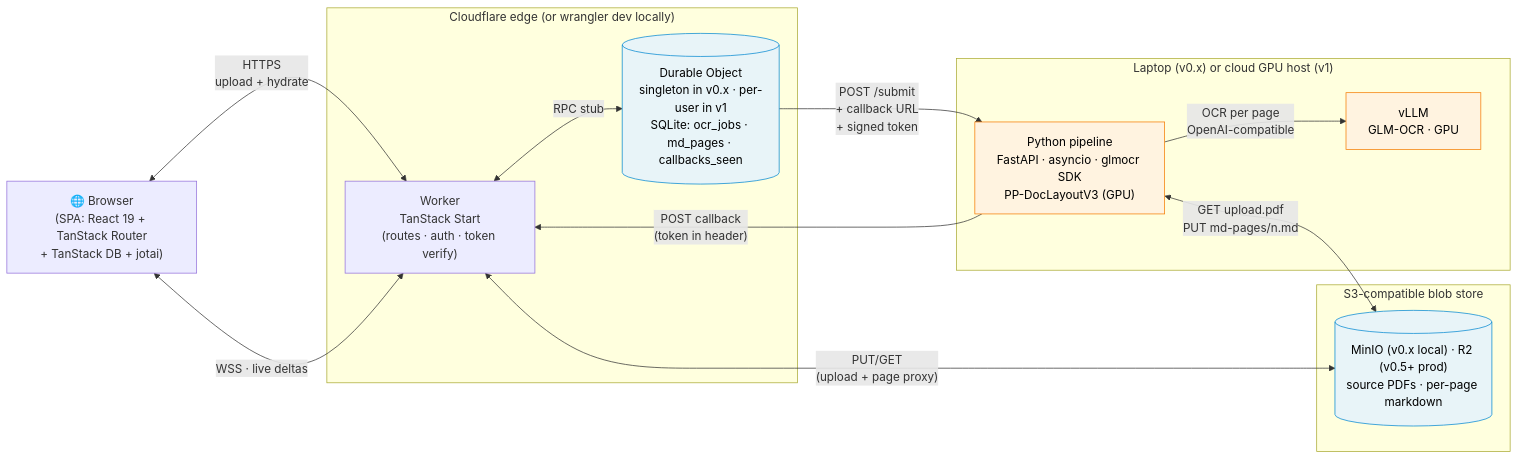
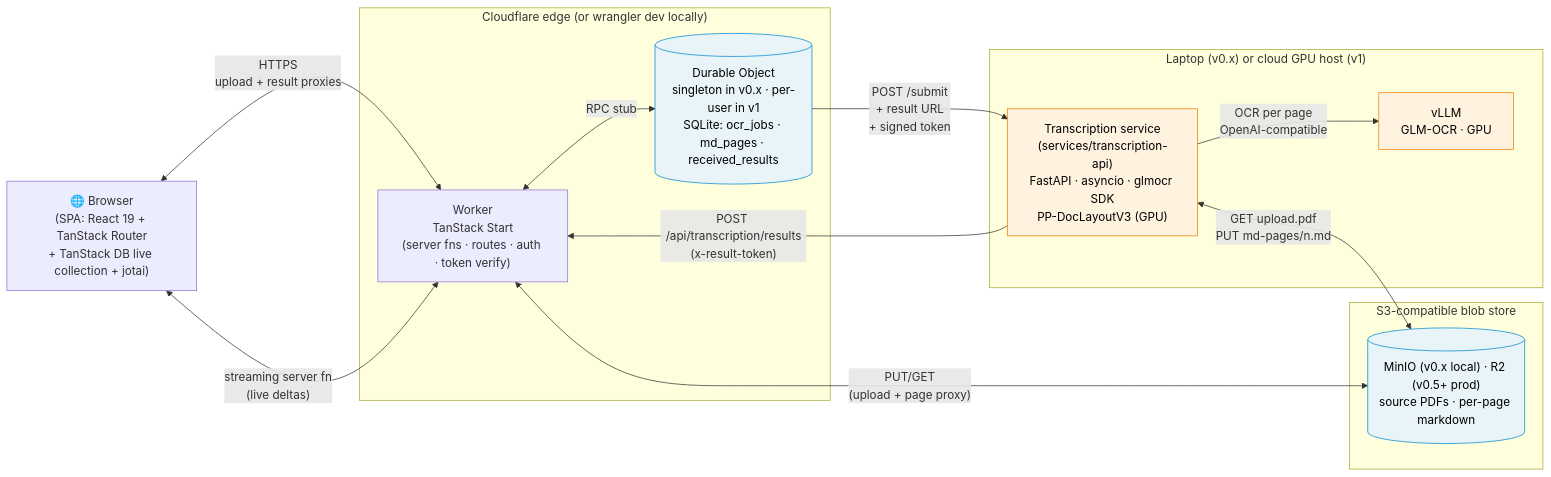
One commit to zyplux/zyp-ocr changed the diagram in plan/totvibe-ocr.md. Above: the diagram before and after it, drawn with Mermaid. The commit also changed other lines of this file and 3 other files, not shown here.

````diff
--- a/plan/totvibe-ocr.md
+++ b/plan/totvibe-ocr.md
@@ -118,34 +121,34 @@
 ```mermaid
 flowchart LR
-    Browser["🌐 Browser<br/>(SPA: React 19 + TanStack Router<br/>+ TanStack DB + jotai)"]
+    Browser["🌐 Browser<br/>(SPA: React 19 + TanStack Router<br/>+ TanStack DB live collection + jotai)"]
 
     subgraph Edge["Cloudflare edge (or wrangler dev locally)"]
-        W["Worker<br/>TanStack Start<br/>(routes · auth · token verify)"]
-        DO[("Durable Object<br/>singleton in v0.x · per-user in v1<br/>SQLite: ocr_jobs · md_pages · callbacks_seen")]
+        W["Worker<br/>TanStack Start<br/>(server fns · routes · auth · token verify)"]
+        DO[("Durable Object<br/>singleton in v0.x · per-user in v1<br/>SQLite: ocr_jobs · md_pages · received_results")]
     end
 
     subgraph Blob["S3-compatible blob store"]
         S3[("MinIO (v0.x local) · R2 (v0.5+ prod)<br/>source PDFs · per-page markdown")]
     end
 
     subgraph Local["Laptop (v0.x) or cloud GPU host (v1)"]
-        Pipe["Python pipeline<br/>FastAPI · asyncio · glmocr SDK<br/>PP-DocLayoutV3 (GPU)"]
+        Pipe["Transcription service<br/>(services/transcription-api)<br/>FastAPI · asyncio · glmocr SDK<br/>PP-DocLayoutV3 (GPU)"]
         VLLM["vLLM<br/>GLM-OCR · GPU"]
     end
 
-    Browser <-->|"HTTPS<br/>upload + hydrate"| W
-    Browser <-->|"WSS · live deltas"| W
+    Browser <-->|"HTTPS<br/>upload + result proxies"| W
+    Browser <-->|"streaming server fn<br/>(live deltas)"| W
     W <-->|"RPC stub"| DO
     W <-->|"PUT/GET<br/>(upload + page proxy)"| S3
 
-    DO -->|"POST /submit<br/>+ callback URL<br/>+ signed token"| Pipe
-    Pipe -->|"POST callback<br/>(token in header)"| W
+    DO -->|"POST /submit<br/>+ result URL<br/>+ signed token"| Pipe
+    Pipe -->|"POST /api/transcription/results<br/>(x-result-token)"| W
     Pipe <-->|"GET upload.pdf<br/>PUT md-pages/n.md"| S3
     Pipe -->|"OCR per page<br/>OpenAI-compatible"| VLLM
 
     classDef storage fill:#e8f4f8,stroke:#0288d1,color:#000
     classDef gpu fill:#fff3e0,stroke:#f57c00,color:#000
     class S3 storage
     class DO storage
     class VLLM,Pipe gpu
 ```
````
